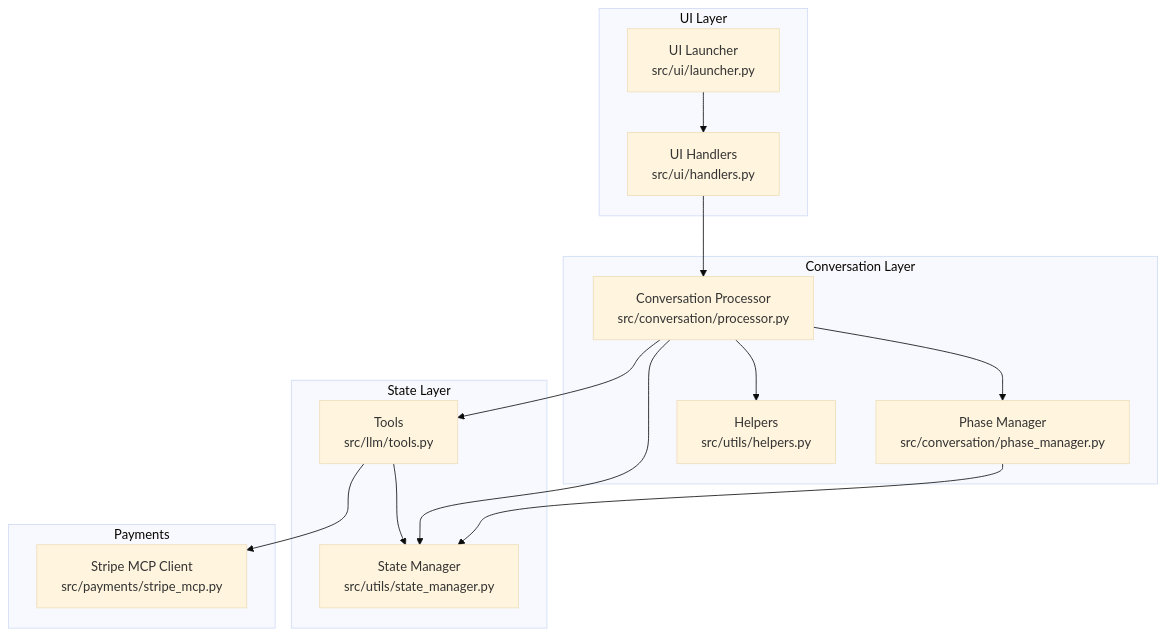
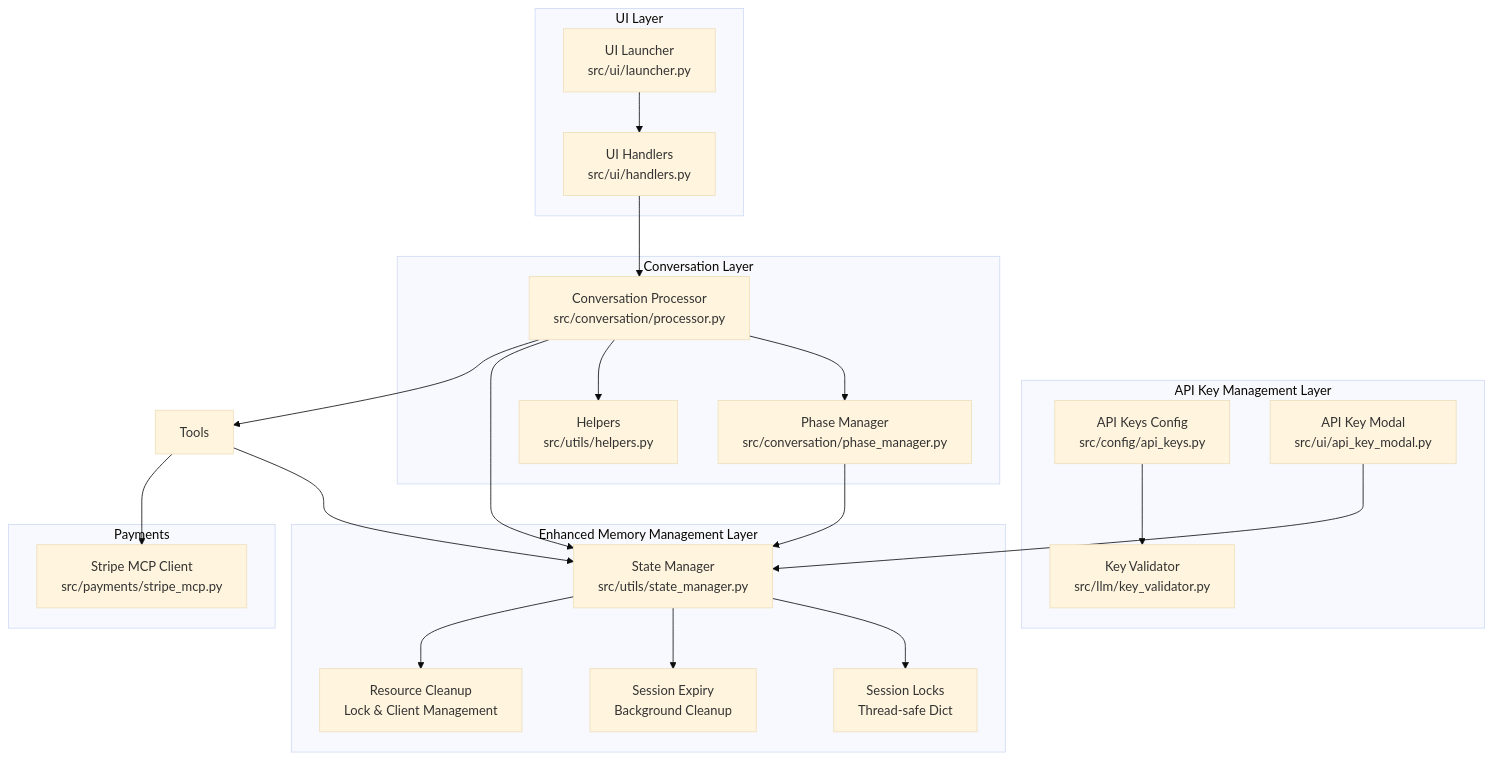
Before and after one commit to MOK-5-ha/MayaMCP: the first of 10 diagrams in .qoder/repowiki/en/content/Core Architecture/State Management Patterns.md, drawn with Mermaid (base theme). The commit also changed other lines of this file and 27 other files, not shown here.

````diff
--- a/.qoder/repowiki/en/content/Core Architecture/State Management Patterns.md
+++ b/.qoder/repowiki/en/content/Core Architecture/State Management Patterns.md
@@ -42,28 +55,40 @@
 ```mermaid
 graph TB
+subgraph "Enhanced Memory Management Layer"
+StateMgr["State Manager<br/>src/utils/state_manager.py"]
+SessionLocks["Session Locks<br/>Thread-safe Dict"]
+ExpiryMechanism["Session Expiry<br/>Background Cleanup"]
+CleanupProcedures["Resource Cleanup<br/>Lock & Client Management"]
+end
+subgraph "API Key Management Layer"
+APIKeys["API Keys Config<br/>src/config/api_keys.py"]
+KeyValidator["Key Validator<br/>src/llm/key_validator.py"]
+APIKeyModal["API Key Modal<br/>src/ui/api_key_modal.py"]
+end
 subgraph "UI Layer"
 UI_Handlers["UI Handlers<br/>src/ui/handlers.py"]
 UI_Launcher["UI Launcher<br/>src/ui/launcher.py"]
 end
 subgraph "Conversation Layer"
 Processor["Conversation Processor<br/>src/conversation/processor.py"]
 PhaseMgr["Phase Manager<br/>src/conversation/phase_manager.py"]
 Helpers["Helpers<br/>src/utils/helpers.py"]
 end
-subgraph "State Layer"
-StateMgr["State Manager<br/>src/utils/state_manager.py"]
-Tools["Tools<br/>src/llm/tools.py"]
-end
 subgraph "Payments"
 Stripe["Stripe MCP Client<br/>src/payments/stripe_mcp.py"]
 end
+StateMgr --> SessionLocks
+StateMgr --> ExpiryMechanism
+StateMgr --> CleanupProcedures
+APIKeys --> KeyValidator
+APIKeyModal --> StateMgr
 UI_Handlers --> Processor
 UI_Launcher --> UI_Handlers
 Processor --> PhaseMgr
 Processor --> Helpers
 Processor --> StateMgr
 Processor --> Tools
 Tools --> StateMgr
 Tools --> Stripe
 PhaseMgr --> StateMgr
 ```
````
